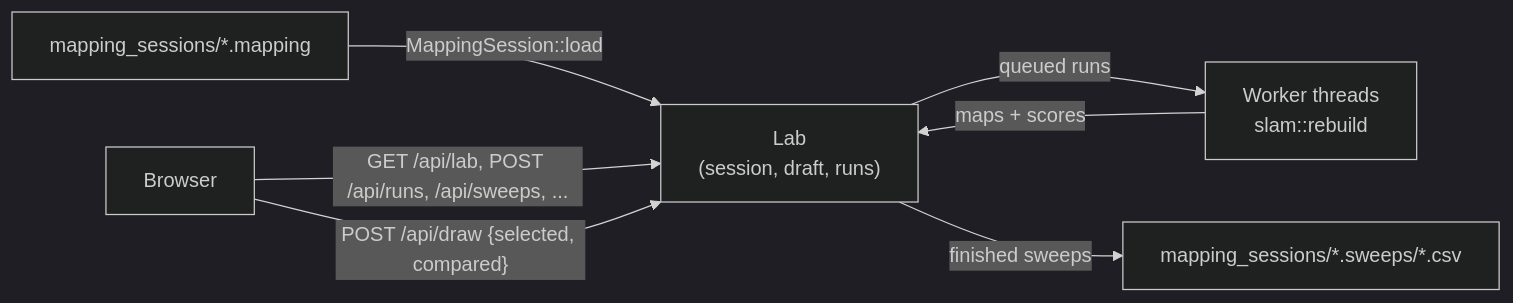
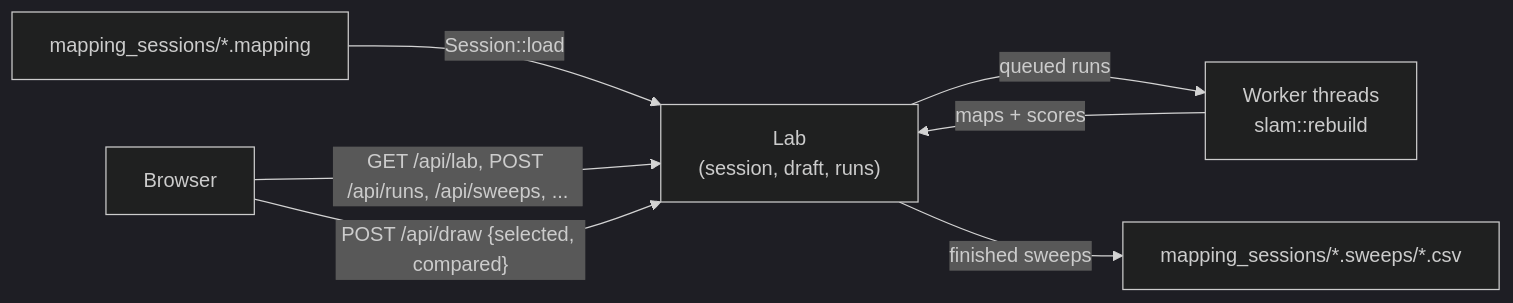
Before and after one commit to Noce99/AuRoRus: the diagram in documentation/mapping_lab.md, drawn with Mermaid (dark theme). The commit also changed other lines of this file and 8 other files, not shown here.

````diff
--- a/documentation/mapping_lab.md
+++ b/documentation/mapping_lab.md
@@ -149,9 +150,9 @@
 ```mermaid
 flowchart LR
-    F["mapping_sessions/*.mapping"] -- "MappingSession::load" --> L["Lab\n(session, draft, runs)"]
+    F["mapping_sessions/*.mapping"] -- "Session::load" --> L["Lab\n(session, draft, runs)"]
     L -- "queued runs" --> W["Worker threads\nslam::rebuild"]
     W -- "maps + scores" --> L
     L -- "finished sweeps" --> C["mapping_sessions/*.sweeps/*.csv"]
     P["Browser"] -- "GET /api/lab, POST /api/runs, /api/sweeps, ..." --> L
     P -- "POST /api/draw {selected, compared}" --> L
 ```
````
